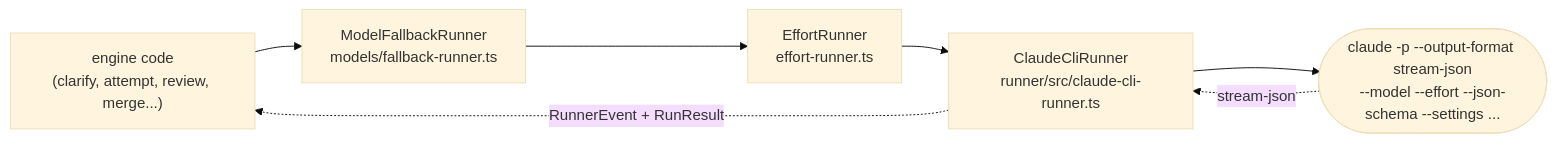
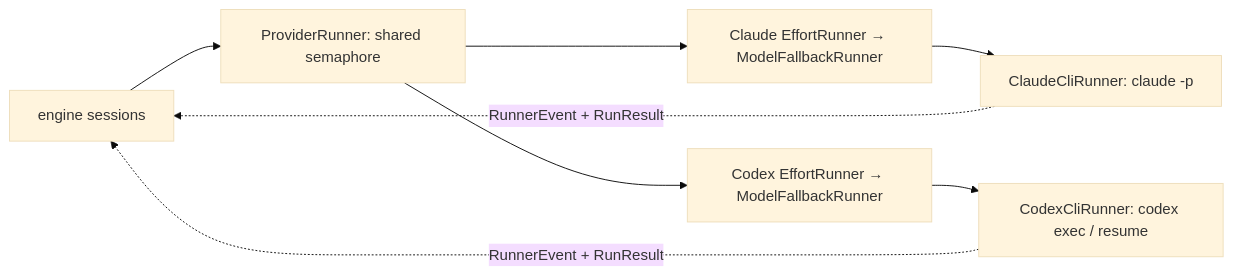
The third of 3 diagrams in docs/develop/architecture.md (louiskhenghao/Foundry), drawn with Mermaid (base theme) before and after one commit. The commit also changed other lines of this file and 56 other files, not shown here.

````diff
--- a/docs/develop/architecture.md
+++ b/docs/develop/architecture.md
@@ -182,9 +185,10 @@
 ```mermaid
 flowchart LR
-  caller["engine code<br/>(clarify, attempt, review, merge...)"] --> F["ModelFallbackRunner<br/>models/fallback-runner.ts"]
-  F --> E["EffortRunner<br/>effort-runner.ts"]
-  E --> C["ClaudeCliRunner<br/>runner/src/claude-cli-runner.ts"]
-  C --> P(["claude -p --output-format stream-json<br/>--model --effort --json-schema --settings ..."])
-  P -. stream-json .-> C
-  C -. RunnerEvent + RunResult .-> caller
+  caller["engine sessions"] --> P["ProviderRunner: shared semaphore"]
+  P --> C["Claude EffortRunner → ModelFallbackRunner"]
+  P --> X["Codex EffortRunner → ModelFallbackRunner"]
+  C --> CC["ClaudeCliRunner: claude -p"]
+  X --> XC["CodexCliRunner: codex exec / resume"]
+  CC -. "RunnerEvent + RunResult" .-> caller
+  XC -. "RunnerEvent + RunResult" .-> caller
 ```
````
